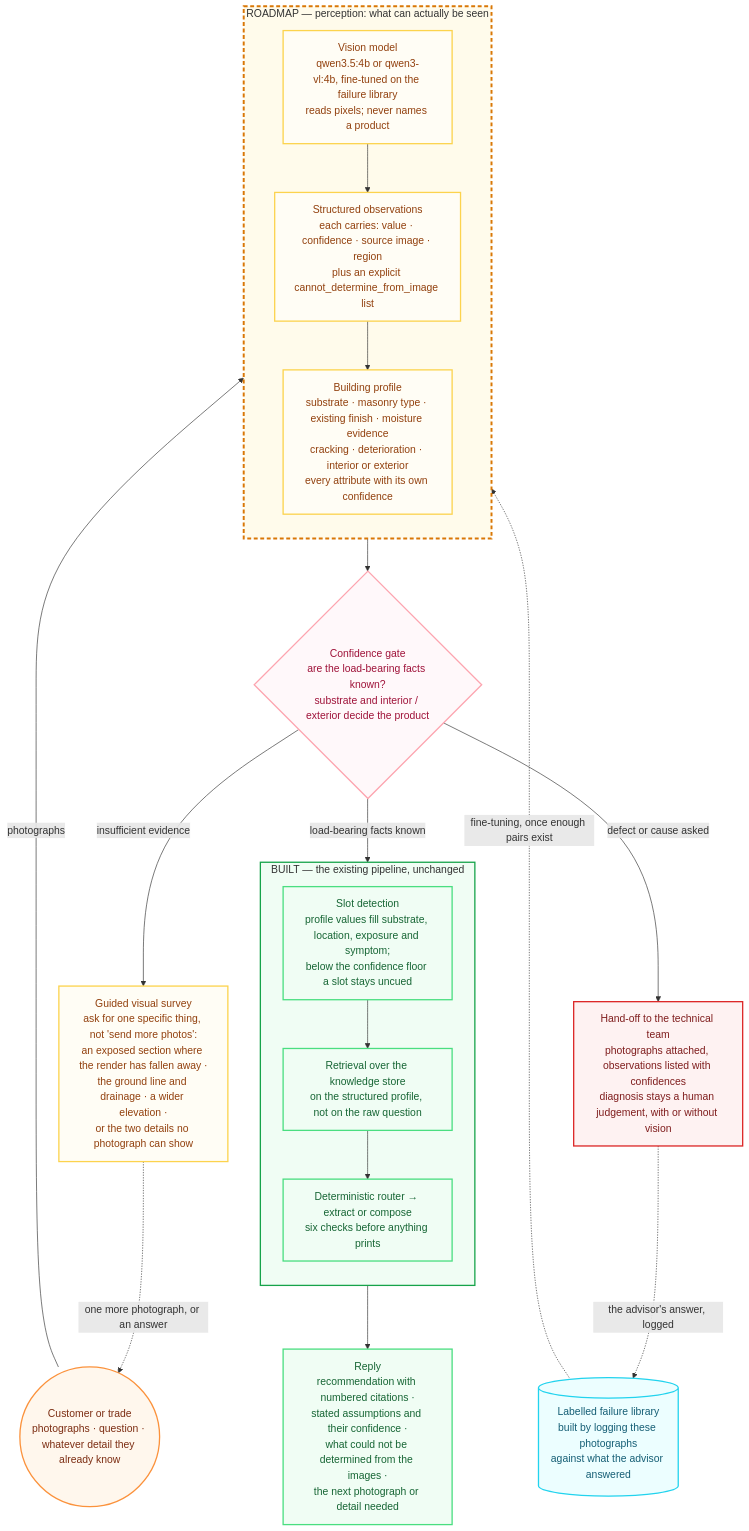
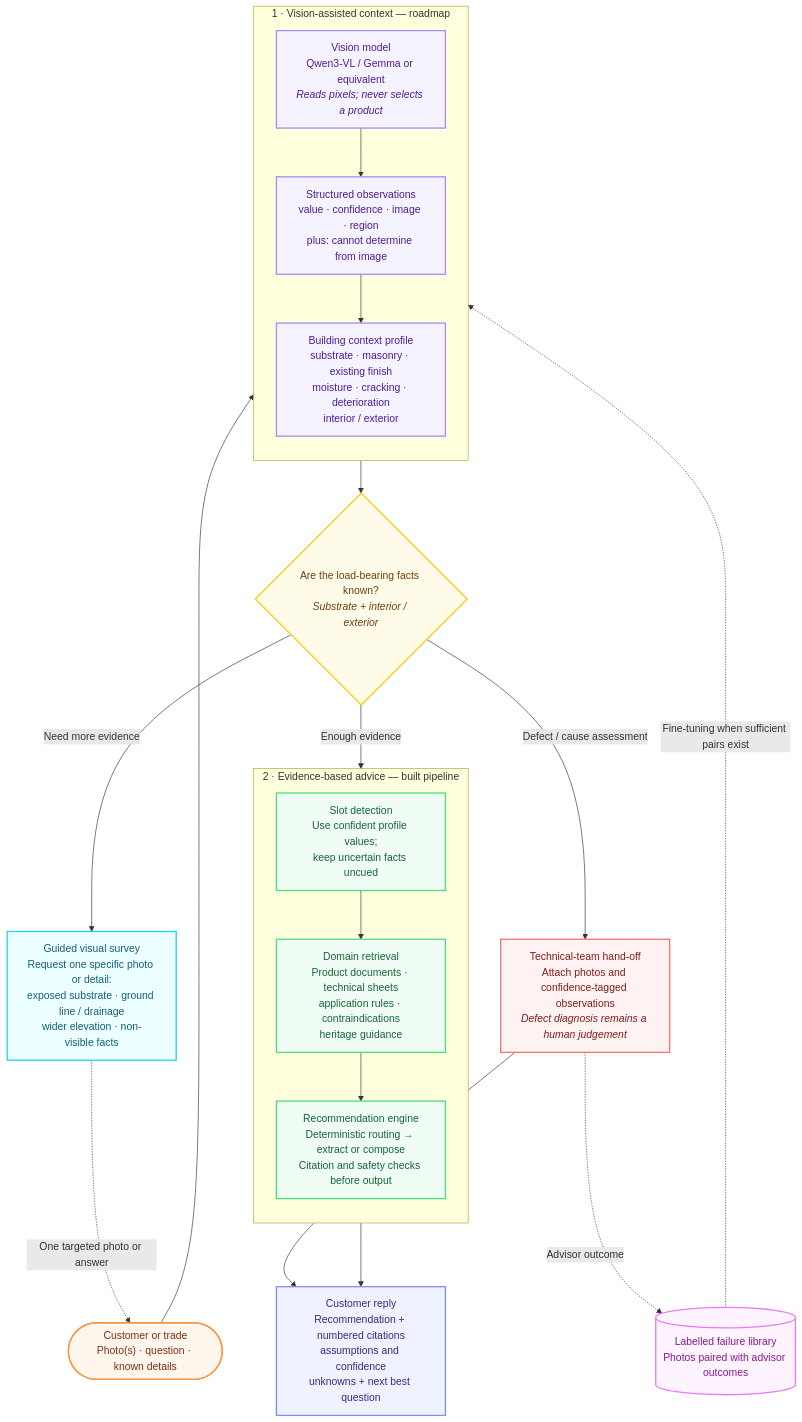
One commit to AathiraTD/technical-knowledge-assistant changed the diagram in docs/diagrams/multimodal-roadmap.mmd. Above: the diagram before and after it, drawn with Mermaid. The commit also changed 3 other files, not shown here.

Commit message:
Add UI acceptance pack and refresh architecture diagrams

```diff
--- a/docs/diagrams/multimodal-roadmap.mmd
+++ b/docs/diagrams/multimodal-roadmap.mmd
@@ -1,53 +1,55 @@
 flowchart TD
-    classDef roadmap fill:#fffdf5,stroke:#fcd34d,color:#92400e,stroke-width:2px
+    classDef input fill:#fff7ed,stroke:#fb923c,color:#7c2d12,stroke-width:2px
+    classDef vision fill:#f5f3ff,stroke:#a78bfa,color:#4c1d95,stroke-width:2px
+    classDef data fill:#ecfeff,stroke:#22d3ee,color:#155e75,stroke-width:2px
     classDef built fill:#f0fdf4,stroke:#4ade80,color:#166534,stroke-width:2px
-    classDef gate fill:#fff8fa,stroke:#fda4af,color:#9f1239,stroke-width:2px
-    classDef human fill:#fef2f2,stroke:#dc2626,color:#7f1d1d,stroke-width:2px
-    classDef data fill:#ecfeff,stroke:#22d3ee,color:#155e75,stroke-width:2px
-    classDef person fill:#fff7ed,stroke:#fb923c,color:#7c2d12,stroke-width:2px
+    classDef decision fill:#fefce8,stroke:#facc15,color:#713f12,stroke-width:2px
+    classDef human fill:#fef2f2,stroke:#f87171,color:#7f1d1d,stroke-width:2px
+    classDef output fill:#eef2ff,stroke:#818cf8,color:#312e81,stroke-width:2px
+    classDef feedback fill:#fdf4ff,stroke:#e879f9,color:#86198f,stroke-width:2px
 
-    USER(("Customer or trade<br/>photographs · question · whatever detail they already know"))
+    USER(["Customer or trade<br/>Photo(s) · question · known details"])
 
-    subgraph PERCEPTION["ROADMAP — perception: what can actually be seen"]
+    subgraph PERCEPTION["1 · Vision-assisted context — roadmap"]
         direction TB
-        VLM["Vision model<br/>qwen3.5:4b or qwen3-vl:4b, fine-tuned on the failure library<br/>reads pixels; never names a product"]
-        OBS["Structured observations<br/>each carries: value · confidence · source image · region<br/>plus an explicit cannot_determine_from_image list"]
-        PROFILE["Building profile<br/>substrate · masonry type · existing finish · moisture evidence<br/>cracking · deterioration · interior or exterior<br/>every attribute with its own confidence"]
+        VLM["Vision model<br/>Qwen3-VL / Gemma or equivalent<br/><i>Reads pixels; never selects a product</i>"]
+        OBS["Structured observations<br/>value · confidence · image · region<br/>plus: cannot determine from image"]
+        PROFILE["Building context profile<br/>substrate · masonry · existing finish<br/>moisture · cracking · deterioration<br/>interior / exterior"]
         VLM --> OBS --> PROFILE
     end
 
-    GATE{"Confidence gate<br/>are the load-bearing facts known?<br/>substrate and interior / exterior decide the product"}
-    ELICIT["Guided visual survey<br/>ask for one specific thing, not 'send more photos':<br/>an exposed section where the render has fallen away ·<br/>the ground line and drainage · a wider elevation ·<br/>or the two details no photograph can show"]
+    GATE{"Are the load-bearing facts known?<br/><i>Substrate + interior / exterior</i>"}
 
-    subgraph BUILTPIPE["BUILT — the existing pipeline, unchanged"]
+    ELICIT["Guided visual survey<br/>Request one specific photo or detail:<br/>exposed substrate · ground line / drainage<br/>wider elevation · non-visible facts"]
+
+    subgraph ADVICE["2 · Evidence-based advice — built pipeline"]
         direction TB
-        SLOTS2["Slot detection<br/>profile values fill substrate, location, exposure and symptom;<br/>below the confidence floor a slot stays uncued"]
-        RETR["Retrieval over the knowledge store<br/>on the structured profile, not on the raw question"]
-        ENGINE["Deterministic router → extract or compose<br/>six checks before anything prints"]
-        SLOTS2 --> RETR --> ENGINE
+        SLOTS["Slot detection<br/>Use confident profile values;<br/>keep uncertain facts uncued"]
+        RETR["Domain retrieval<br/>Product documents · technical sheets<br/>application rules · contraindications<br/>heritage guidance"]
+        ENGINE["Recommendation engine<br/>Deterministic routing → extract or compose<br/>Citation and safety checks before output"]
+        SLOTS --> RETR --> ENGINE
     end
 
-    HUMAN["Hand-off to the technical team<br/>photographs attached, observations listed with confidences<br/>diagnosis stays a human judgement, with or without vision"]
-    LIB[("Labelled failure library<br/>built by logging these photographs<br/>against what the advisor answered")]
+    HUMAN["Technical-team hand-off<br/>Attach photos and confidence-tagged observations<br/><i>Defect diagnosis remains a human judgement</i>"]
+    OUT["Customer reply<br/>Recommendation + numbered citations<br/>assumptions and confidence<br/>unknowns + next best question"]
+    LIB[("Labelled failure library<br/>Photos paired with advisor outcomes")]
 
-    OUT["Reply<br/>recommendation with numbered citations ·<br/>stated assumptions and their confidence ·<br/>what could not be determined from the images ·<br/>the next photograph or detail needed"]
+    USER --> VLM
+    PROFILE --> GATE
+    GATE -->|"Enough evidence"| SLOTS
+    GATE -->|"Need more evidence"| ELICIT
+    ELICIT -.->|"One targeted photo or answer"| USER
+    GATE -->|"Defect / cause assessment"| HUMAN
+    ENGINE --> OUT
+    HUMAN --> OUT
+    HUMAN -.->|"Advisor outcome"| LIB
+    LIB -.->|"Fine-tuning when sufficient pairs exist"| VLM
 
-    USER -->|"photographs"| VLM
-    PROFILE --> GATE
-    GATE -->|"insufficient evidence"| ELICIT
-    ELICIT -.->|"one more photograph, or an answer"| USER
-    GATE -->|"load-bearing facts known"| SLOTS2
-    GATE -->|"defect or cause asked"| HUMAN
-    ENGINE --> OUT
-    HUMAN -.->|"the advisor's answer, logged"| LIB
-    LIB -.->|"fine-tuning, once enough pairs exist"| VLM
-
-    class USER person
-    class VLM,OBS,PROFILE,ELICIT roadmap
-    class SLOTS2,RETR,ENGINE,OUT built
-    class GATE gate
+    class USER input
+    class VLM,OBS,PROFILE vision
+    class GATE decision
+    class ELICIT data
+    class SLOTS,RETR,ENGINE built
     class HUMAN human
-    class LIB data
-
-    style PERCEPTION fill:#fffbeb,stroke:#d97706,stroke-width:3px,stroke-dasharray:6 4
-    style BUILTPIPE fill:#f0fdf4,stroke:#16a34a,stroke-width:2px
+    class OUT output
+    class LIB feedback
```
